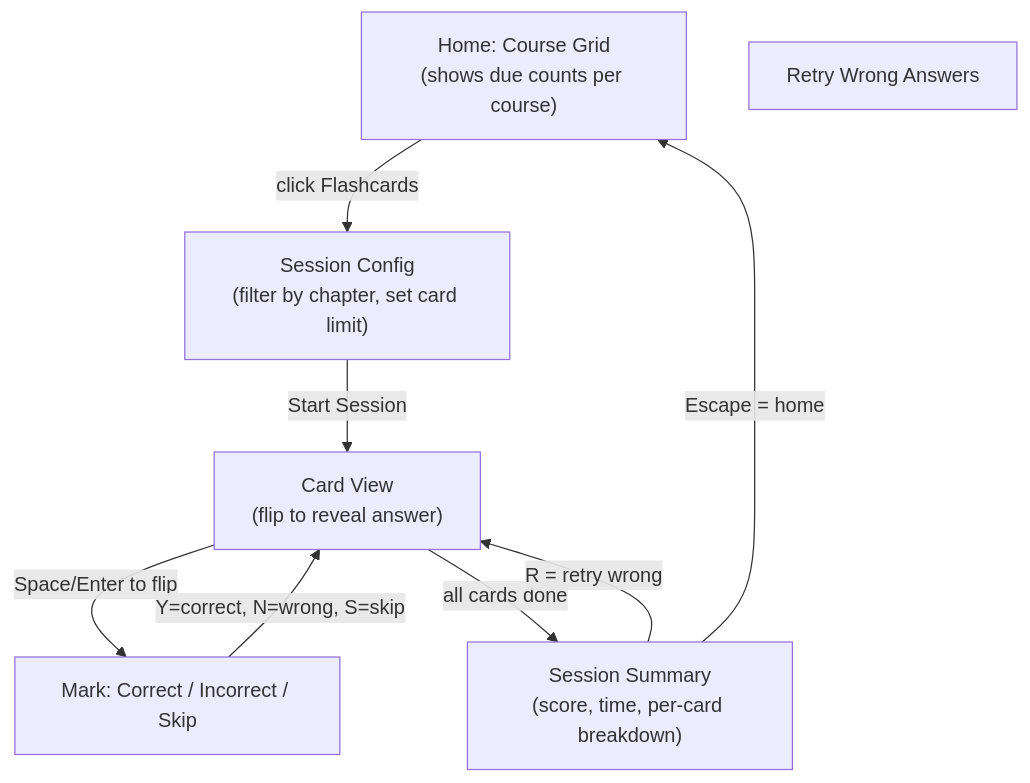
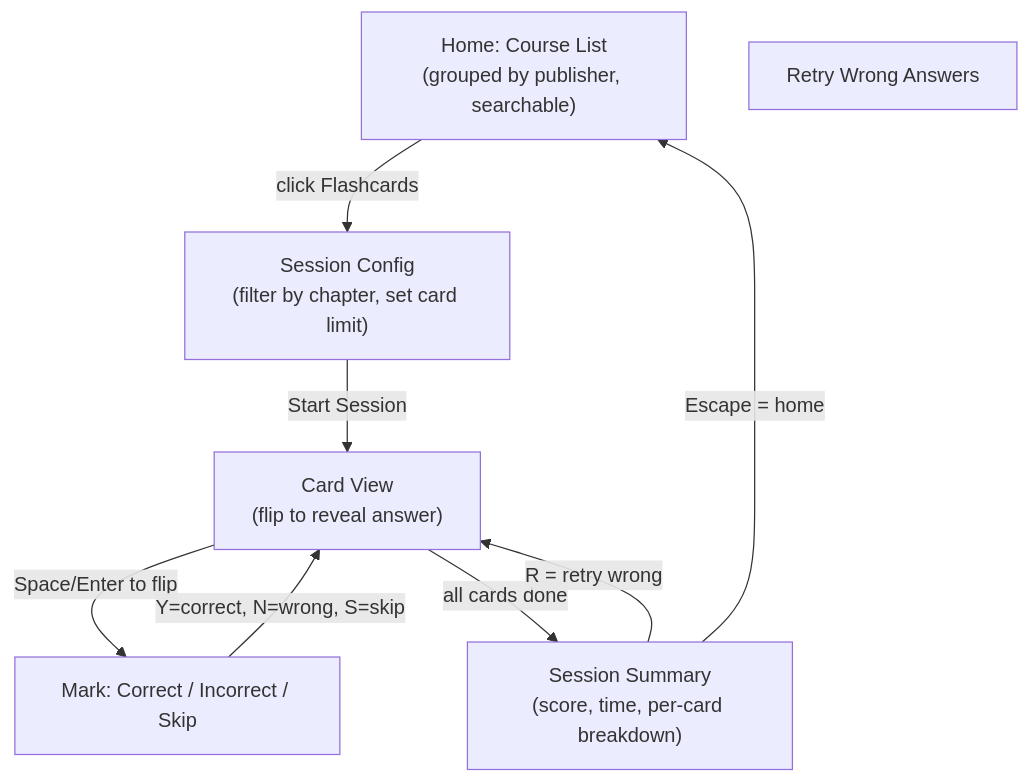
The first of 7 diagrams in docs/web-ui-guide.md (NetDevAutomate/StudyLoop), drawn with Mermaid before and after one commit. The commit also changed other lines of this file and 3 other files, not shown here.

First line of the commit message:
docs: reflect course-list rework, Settings providers panel, and gen fixes

````diff
--- a/docs/web-ui-guide.md
+++ b/docs/web-ui-guide.md
@@ -25,17 +25,17 @@
 ```mermaid
 graph TB
-    HOME["Home: Course Grid<br/>(shows due counts per course)"]
+    HOME["Home: Course List<br/>(grouped by publisher, searchable)"]
     CONFIG["Session Config<br/>(filter by chapter, set card limit)"]
     STUDY["Card View<br/>(flip to reveal answer)"]
     ANSWER["Mark: Correct / Incorrect / Skip"]
     SUMMARY["Session Summary<br/>(score, time, per-card breakdown)"]
     RETRY["Retry Wrong Answers"]
 
     HOME -->|"click Flashcards"| CONFIG
     CONFIG -->|"Start Session"| STUDY
     STUDY -->|"Space/Enter to flip"| ANSWER
     ANSWER -->|"Y=correct, N=wrong, S=skip"| STUDY
     STUDY -->|"all cards done"| SUMMARY
     SUMMARY -->|"R = retry wrong"| STUDY
     SUMMARY -->|"Escape = home"| HOME
 ```
````
